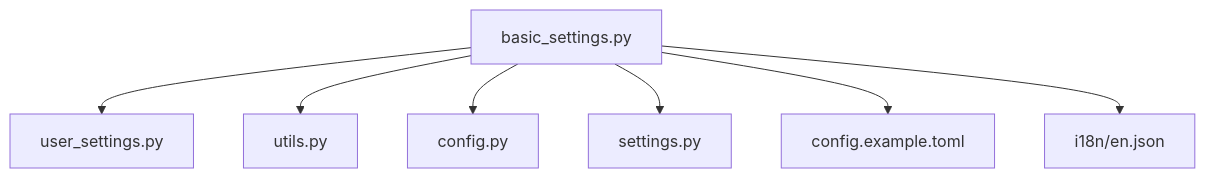
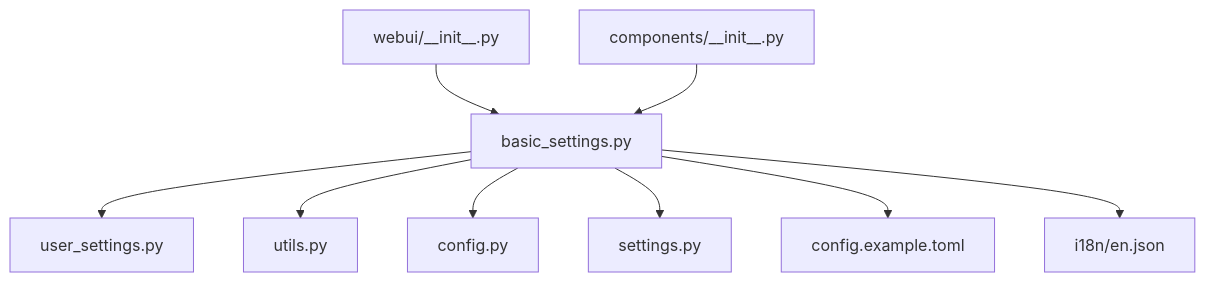
The sixth of 6 diagrams in .qoder/repowiki/zh/content/Web界面使用/基本设置.md (wowoduang/AIVideoClaude), drawn with Mermaid before and after one commit. The commit also changed other lines of this file and 26 other files, not shown here.

````diff
--- a/.qoder/repowiki/zh/content/Web界面使用/基本设置.md
+++ b/.qoder/repowiki/zh/content/Web界面使用/基本设置.md
@@ -264,9 +288,11 @@
 ```mermaid
 graph TB
 BS["basic_settings.py"] --> US["user_settings.py"]
 BS --> UT["utils.py"]
 BS --> AC["config.py"]
 BS --> WC["settings.py"]
 BS --> CE["config.example.toml"]
 BS --> I18N["i18n/en.json"]
+WS["webui/__init__.py"] --> BS
+CS["components/__init__.py"] --> BS
 ```
````
